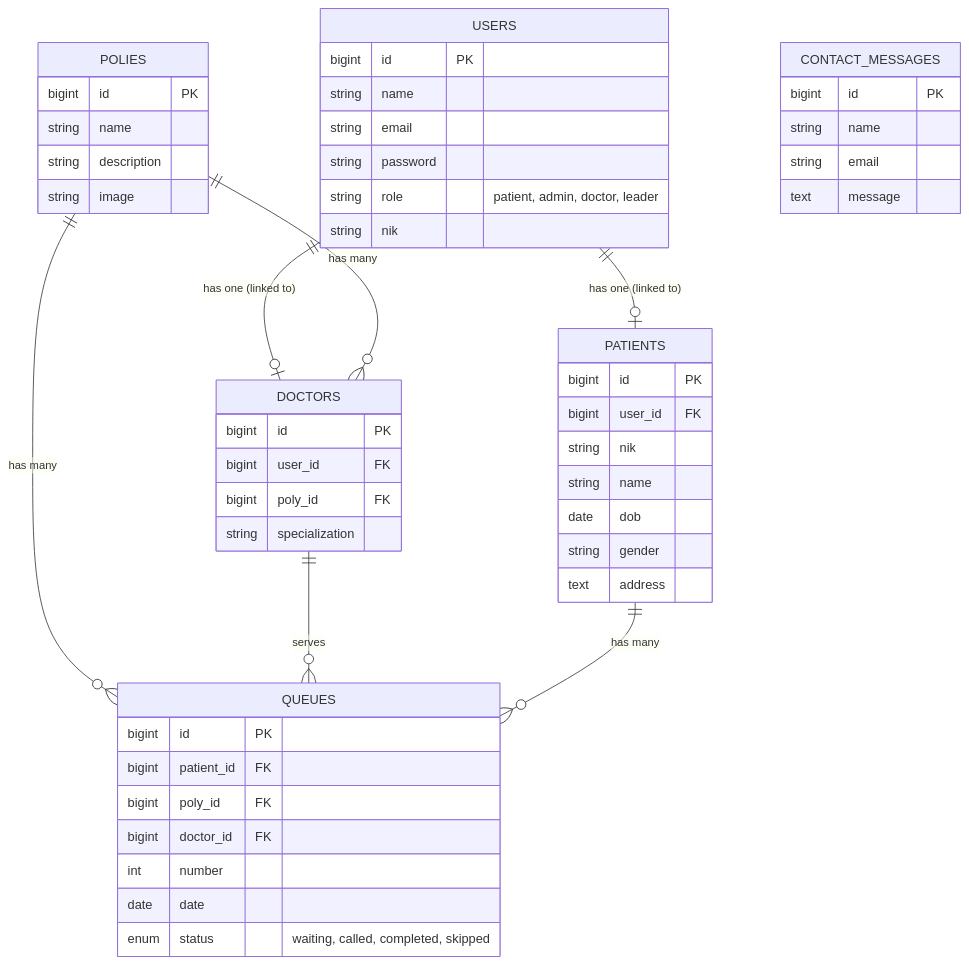
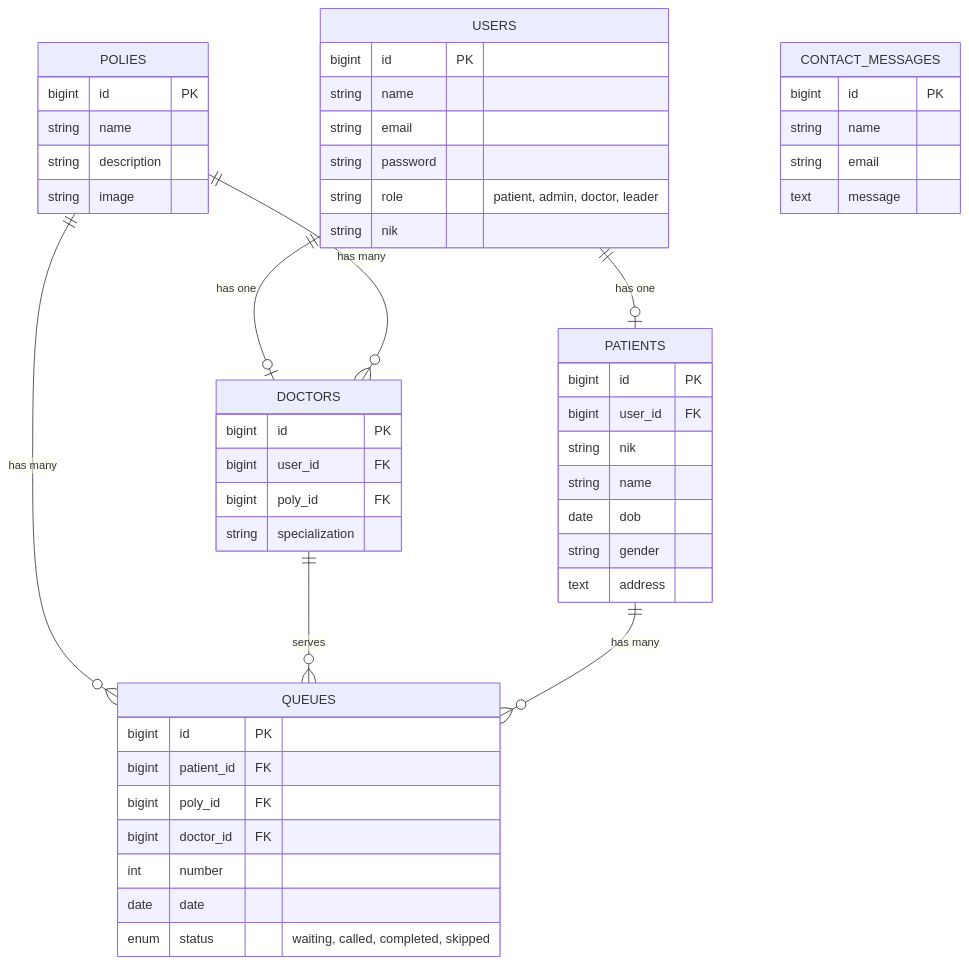
The fourth of 5 diagrams in system_design.md (iqsanazhr/Puskesmas-Pendaftaran-dan-antrian), drawn with Mermaid before and after one commit. The commit also changed other lines of this file, not shown here.

Commit message:
Docs: Fix System Design diagrams syntax and remove interaction table

````diff
--- a/system_design.md
+++ b/system_design.md
@@ -163,62 +118,62 @@
 ```mermaid
 erDiagram
-    USERS ||--o| PATIENTS : "has one (linked to)"
-    USERS ||--o| DOCTORS : "has one (linked to)"
+    USERS ||--o| PATIENTS : "has one"
+    USERS ||--o| DOCTORS : "has one"
 
     POLIES ||--o{ DOCTORS : "has many"
     POLIES ||--o{ QUEUES : "has many"
 
     DOCTORS ||--o{ QUEUES : "serves"
 
     PATIENTS ||--o{ QUEUES : "has many"
 
     USERS {
         bigint id PK
         string name
         string email
         string password
         string role "patient, admin, doctor, leader"
         string nik
     }
 
     PATIENTS {
         bigint id PK
         bigint user_id FK
         string nik
         string name
         date dob
         string gender
         text address
     }
 
     DOCTORS {
         bigint id PK
         bigint user_id FK
         bigint poly_id FK
         string specialization
     }
 
     POLIES {
         bigint id PK
         string name
         string description
         string image
     }
 
     QUEUES {
         bigint id PK
         bigint patient_id FK
         bigint poly_id FK
         bigint doctor_id FK
         int number
         date date
         enum status "waiting, called, completed, skipped"
     }
 
     CONTACT_MESSAGES {
         bigint id PK
         string name
         string email
         text message
     }
 ```
````
